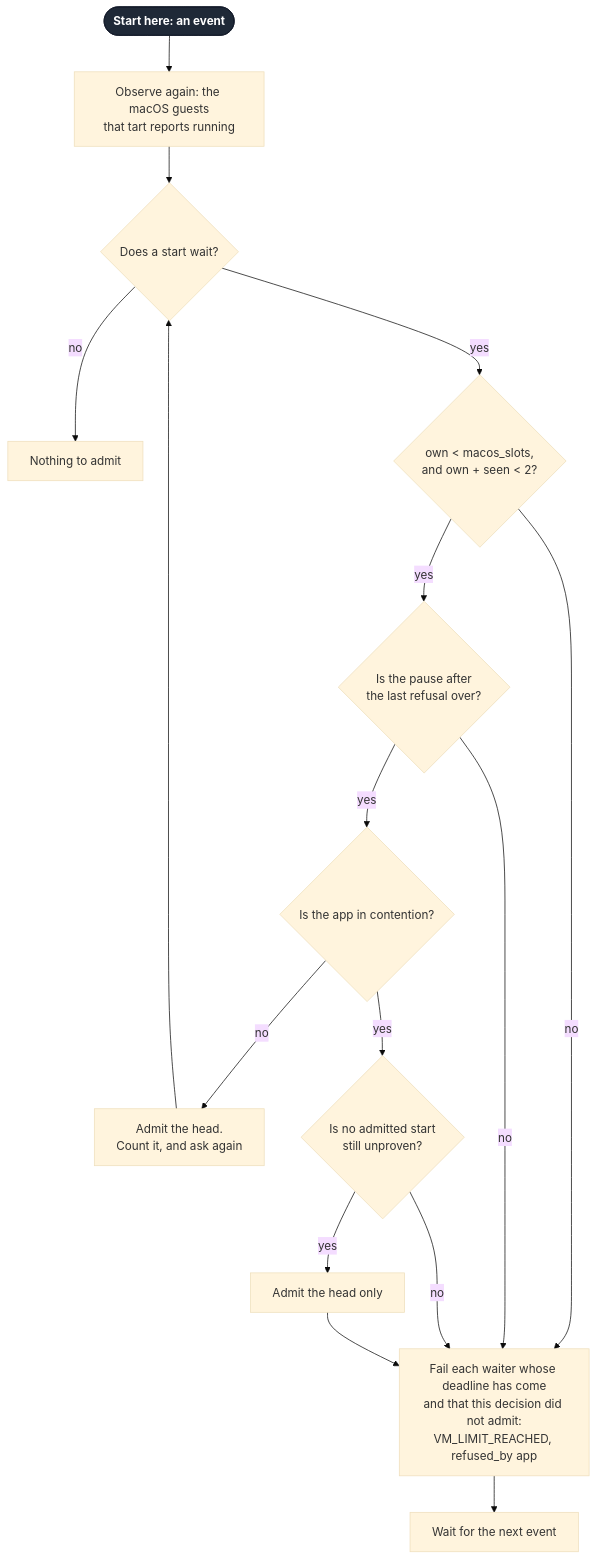
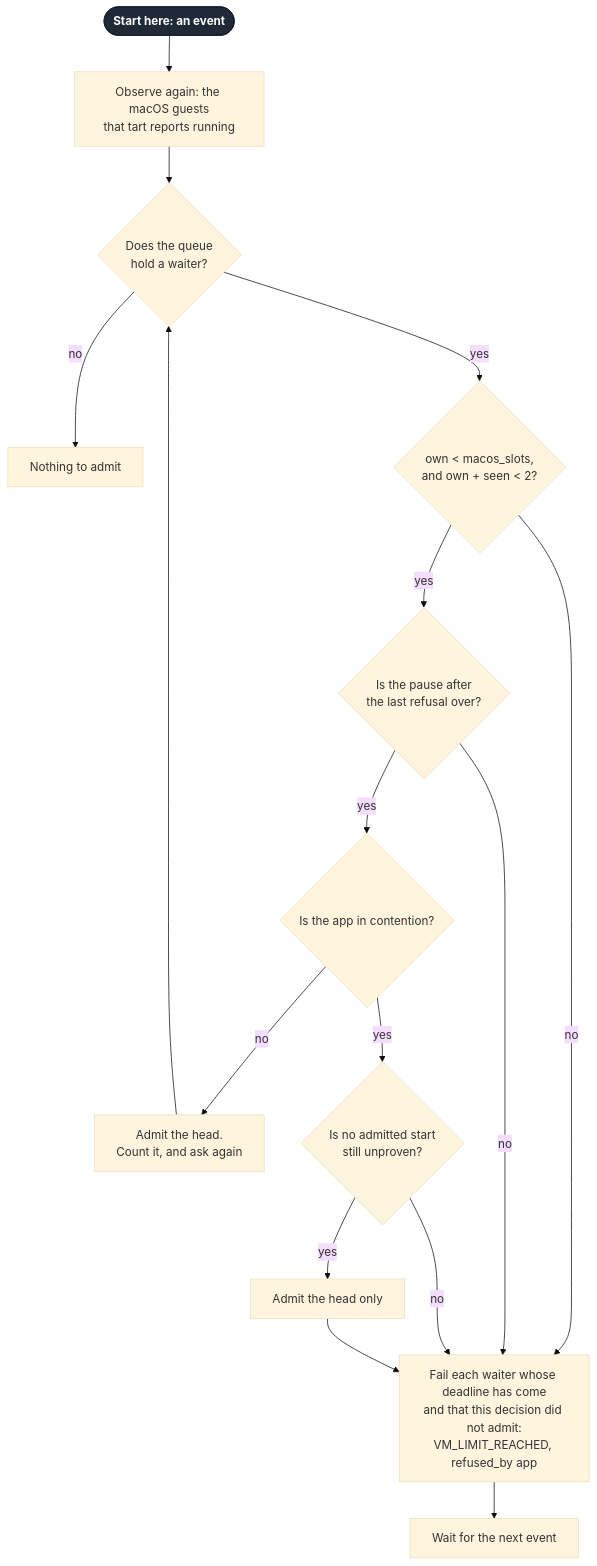
Before and after one commit to Linkuistics/TestAnyware: the third of 7 diagrams in docs/specs/admission-queue.md, drawn with Mermaid (base theme). The commit also changed other lines of this file and 7 other files, not shown here.

First line of the commit message:
grove(admission-queue-k7): triage the findings of admission-queue-k6, fix contention, the start record and the count, cut admission-queue-k8, and retire the leaf

````diff
--- a/docs/specs/admission-queue.md
+++ b/docs/specs/admission-queue.md
@@ -226,19 +228,19 @@
 ```mermaid
 flowchart TD
   ev(["Start here: an event"]):::start --> obs["Observe again: the macOS guests<br/>that tart reports running"]
-  obs --> any{"Does a start wait?"}
+  obs --> any{"Does the queue<br/>hold a waiter?"}
   any -- "no" --> idle["Nothing to admit"]
   any -- "yes" --> free{"own < macos_slots,<br/>and own + seen < 2?"}
   free -- "no" --> exp
   free -- "yes" --> pause{"Is the pause after<br/>the last refusal over?"}
   pause -- "no" --> exp
   pause -- "yes" --> cont{"Is the app in contention?"}
   cont -- "no" --> head["Admit the head.<br/>Count it, and ask again"]
   head --> any
   cont -- "yes" --> one{"Is no admitted start<br/>still unproven?"}
   one -- "no" --> exp
   one -- "yes" --> single["Admit the head only"]
   single --> exp["Fail each waiter whose deadline has come<br/>and that this decision did not admit:<br/>VM_LIMIT_REACHED, refused_by app"]
   exp --> hold["Wait for the next event"]
   classDef start fill:#1f2937,stroke:#111827,color:#ffffff,font-weight:bold
 ```
````
